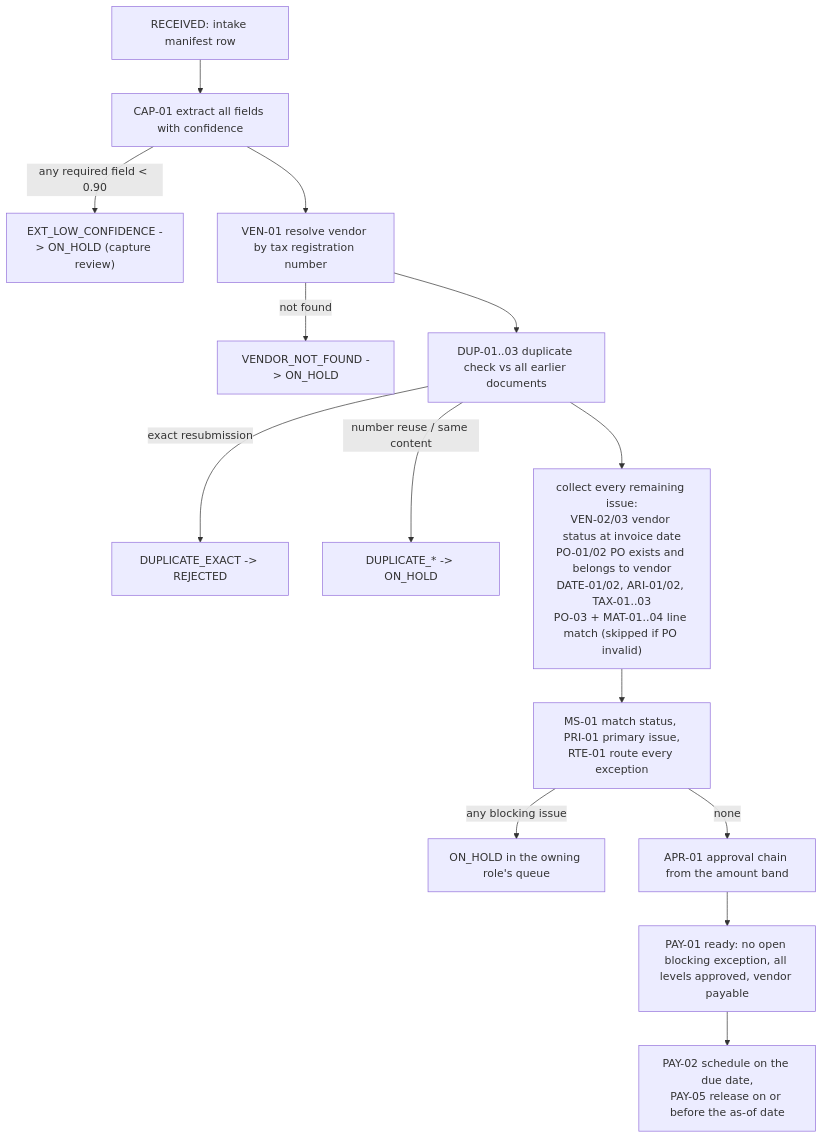
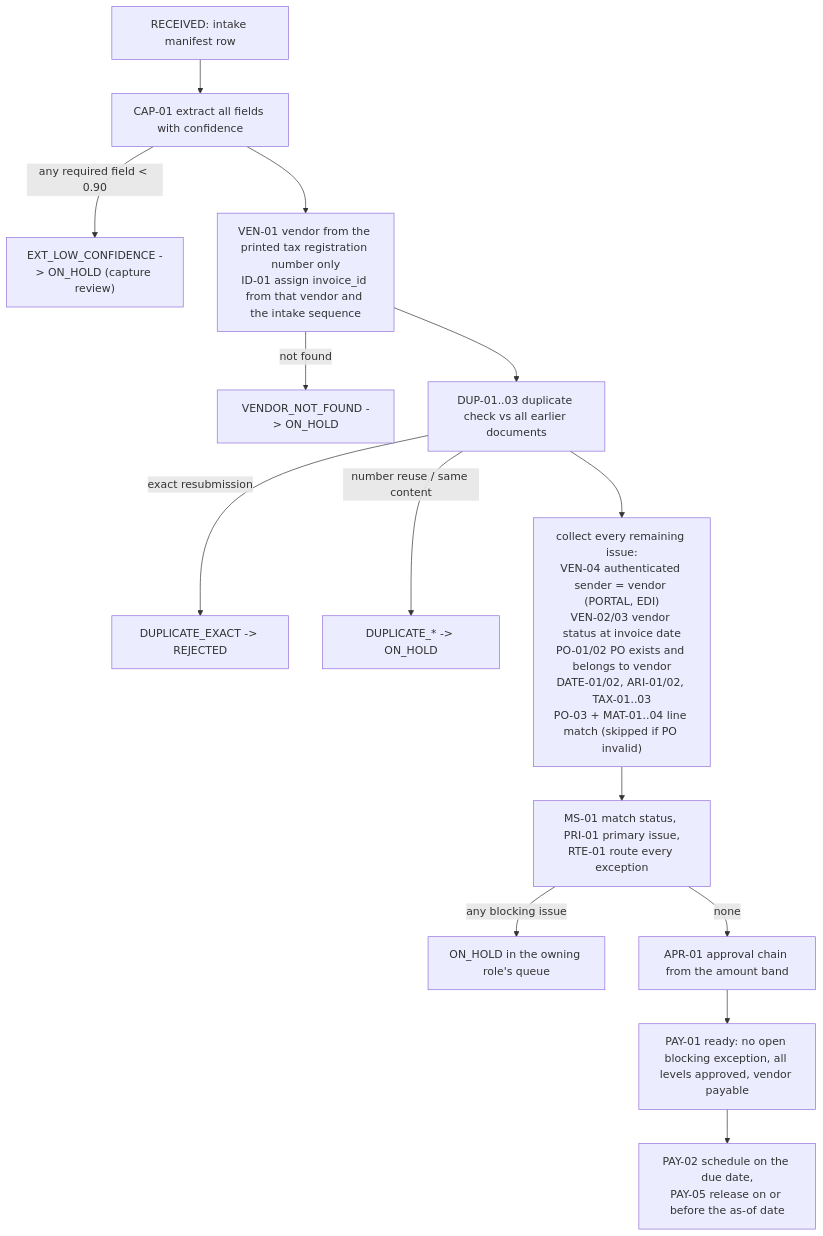
The second of 2 diagrams in docs/architecture.md (Anurag308d/invoice-ap-automation), drawn with Mermaid before and after one commit. The commit also changed other lines of this file and 27 other files, not shown here.

First line of the commit message:
stage-1 fix-1: vendor identity from documents only, CAPTURE_REVIEW, A12, as-of 2026-10-22

````diff
--- a/docs/architecture.md
+++ b/docs/architecture.md
@@ -94,16 +98,16 @@
 ```mermaid
 flowchart TD
   A["RECEIVED: intake manifest row"] --> B["CAP-01 extract all fields with confidence"]
   B -->|"any required field < 0.90"| H1["EXT_LOW_CONFIDENCE -> ON_HOLD (capture review)"]
-  B --> C["VEN-01 resolve vendor by tax registration number"]
+  B --> C["VEN-01 vendor from the printed tax registration number only<br/>ID-01 assign invoice_id from that vendor and the intake sequence"]
   C -->|"not found"| H2["VENDOR_NOT_FOUND -> ON_HOLD"]
   C --> D["DUP-01..03 duplicate check vs all earlier documents"]
   D -->|"exact resubmission"| RJ["DUPLICATE_EXACT -> REJECTED"]
   D -->|"number reuse / same content"| H3["DUPLICATE_* -> ON_HOLD"]
-  D --> E["collect every remaining issue:<br/>VEN-02/03 vendor status at invoice date<br/>PO-01/02 PO exists and belongs to vendor<br/>DATE-01/02, ARI-01/02, TAX-01..03<br/>PO-03 + MAT-01..04 line match (skipped if PO invalid)"]
+  D --> E["collect every remaining issue:<br/>VEN-04 authenticated sender = vendor (PORTAL, EDI)<br/>VEN-02/03 vendor status at invoice date<br/>PO-01/02 PO exists and belongs to vendor<br/>DATE-01/02, ARI-01/02, TAX-01..03<br/>PO-03 + MAT-01..04 line match (skipped if PO invalid)"]
   E --> F["MS-01 match status, PRI-01 primary issue,<br/>RTE-01 route every exception"]
   F -->|"any blocking issue"| H4["ON_HOLD in the owning role's queue"]
   F -->|"none"| G["APR-01 approval chain from the amount band"]
   G --> K["PAY-01 ready: no open blocking exception, all levels approved, vendor payable"]
   K --> L["PAY-02 schedule on the due date,<br/>PAY-05 release on or before the as-of date"]
 ```
````
